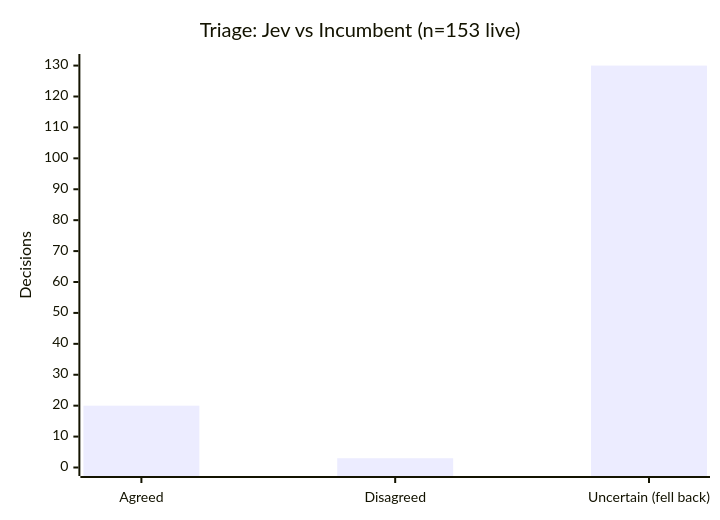
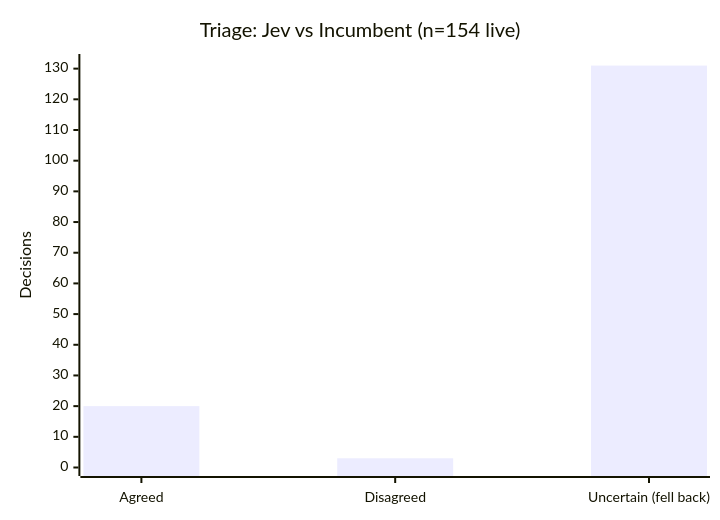
Before and after one commit to Sanctum-Origo-Systems/patina: the first of 4 diagrams in JEV.md, drawn with Mermaid. The commit also changed other lines of this file, not shown here.

Commit message:
chore: update jev report (2026-11-22) (#710)

````diff
--- a/JEV.md
+++ b/JEV.md
@@ -9,7 +9,7 @@
 ```mermaid
 xychart-beta
-    title "Triage: Jev vs Incumbent (n=153 live)"
+    title "Triage: Jev vs Incumbent (n=154 live)"
     x-axis ["Agreed", "Disagreed", "Uncertain (fell back)"]
-    y-axis "Decisions" 0 --> 131
-    bar [20, 3, 130]
+    y-axis "Decisions" 0 --> 132
+    bar [20, 3, 131]
 ```
````
